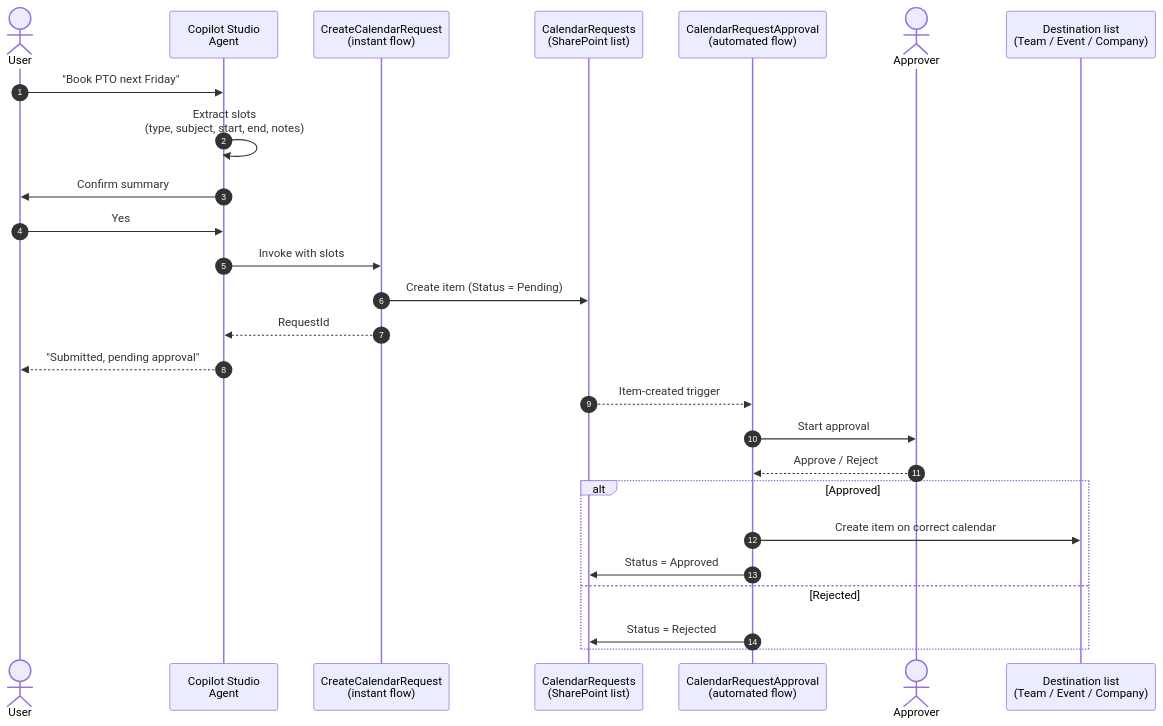
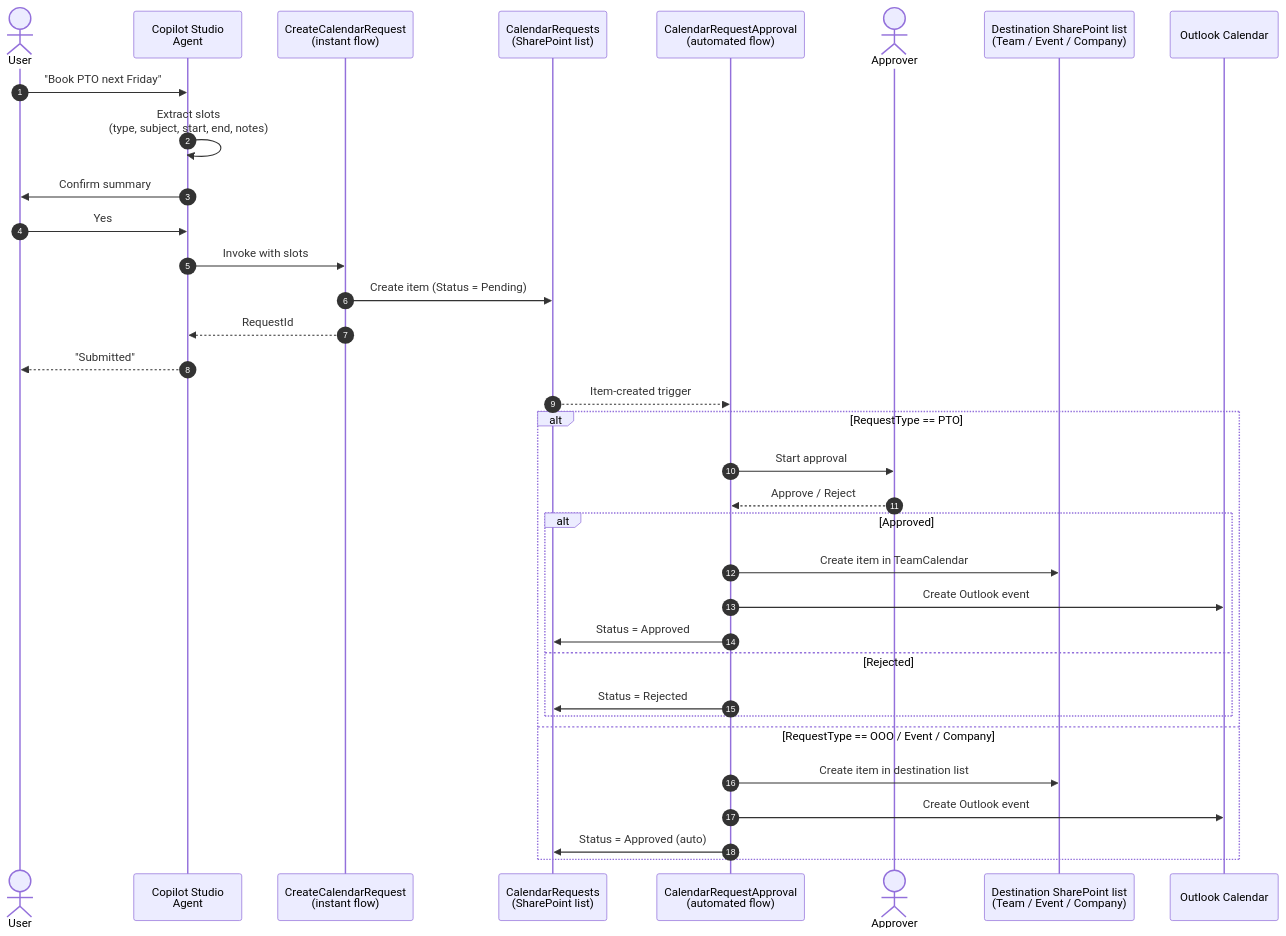
The first of 2 diagrams in docs/flow.md (spetren/calendar-request-approval-lab), drawn with Mermaid before and after one commit. The commit also changed other lines of this file and 3 other files, not shown here.

Commit message:
Reflect actual behavior: only PTO needs approval; dual write to SharePoint + Outlook

````diff
--- a/docs/flow.md
+++ b/docs/flow.md
@@ -7,29 +12,37 @@
 ```mermaid
 sequenceDiagram
     autonumber
     actor U as User
     participant A as Copilot Studio<br/>Agent
     participant F1 as CreateCalendarRequest<br/>(instant flow)
     participant L as CalendarRequests<br/>(SharePoint list)
     participant F2 as CalendarRequestApproval<br/>(automated flow)
     actor AP as Approver
-    participant D as Destination list<br/>(Team / Event / Company)
+    participant SP as Destination SharePoint list<br/>(Team / Event / Company)
+    participant OL as Outlook Calendar
 
     U->>A: "Book PTO next Friday"
     A->>A: Extract slots<br/>(type, subject, start, end, notes)
     A->>U: Confirm summary
     U->>A: Yes
     A->>F1: Invoke with slots
     F1->>L: Create item (Status = Pending)
     F1-->>A: RequestId
-    A-->>U: "Submitted, pending approval"
+    A-->>U: "Submitted"
     L-->>F2: Item-created trigger
-    F2->>AP: Start approval
-    AP-->>F2: Approve / Reject
-    alt Approved
-        F2->>D: Create item on correct calendar
-        F2->>L: Status = Approved
-    else Rejected
-        F2->>L: Status = Rejected
+    alt RequestType == PTO
+        F2->>AP: Start approval
+        AP-->>F2: Approve / Reject
+        alt Approved
+            F2->>SP: Create item in TeamCalendar
+            F2->>OL: Create Outlook event
+            F2->>L: Status = Approved
+        else Rejected
+            F2->>L: Status = Rejected
+        end
+    else RequestType == OOO / Event / Company
+        F2->>SP: Create item in destination list
+        F2->>OL: Create Outlook event
+        F2->>L: Status = Approved (auto)
     end
 ```
````
